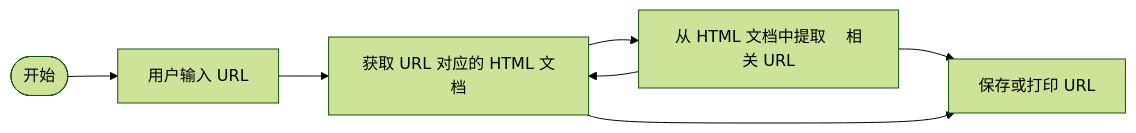
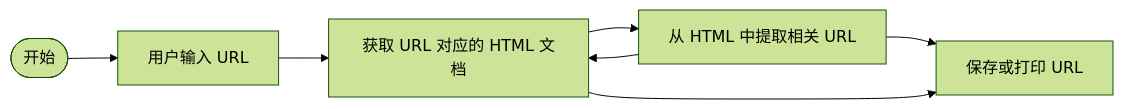
One commit to shihao-hub/202602-VNoteProjects changed the first of 2 diagrams in drawio流程图与代码流程注释.md. Above: the diagram before and after it, drawn with Mermaid (forest theme). The commit also changed other lines of this file, not shown here.

First line of the commit message:
docs: 优化 drawio 流程图文档结构和格式

````diff
--- a/drawio流程图与代码流程注释.md
+++ b/drawio流程图与代码流程注释.md
@@ -22,9 +30,9 @@
 ```mermaid
 flowchart LR
-    Start([开始])-->A[用户输入 URL]
-    A-->B[获取 URL 对应的 HTML 文档]
-    B-->C[从 HTML 文档中提取    相关 URL]
-    C-->B
-    C-->D[保存或打印 URL]
-    B-->D
+  Start([开始]) --> A[用户输入 URL]
+  A --> B[获取 URL 对应的 HTML 文档]
+  B --> C[从 HTML 中提取相关 URL]
+  C --> B
+  C --> D[保存或打印 URL]
+  B --> D
 ```
````
